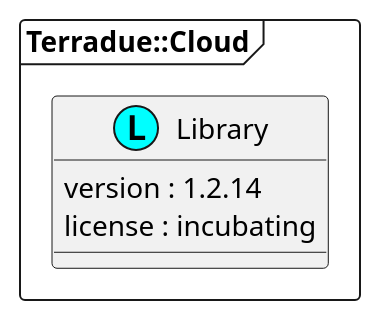
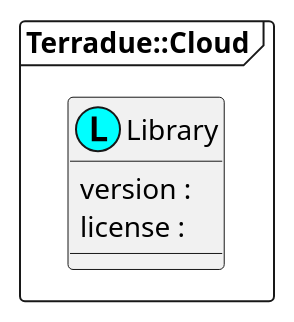
The diagram in source/namespaces/namespace_terradue_1_1_cloud.iuml (urban-tep/DDF-SDD), drawn with PlantUML before and after one commit. The commit also changed 13 other files, not shown here.

```diff
--- a/source/namespaces/namespace_terradue_1_1_cloud.iuml
+++ b/source/namespaces/namespace_terradue_1_1_cloud.iuml
@@ -1,8 +1,8 @@
 @startuml
 package "Terradue::Cloud" <<Frame>> {
   class "Library" as namespace_terradue_1_1_cloud << (L, cyan) >> [[../technology/packages/namespace_terradue_1_1_cloud.html]] {
-     version : 1.2.14 
-     license : incubating
+     version : 
+     license : 
   }
 }
 @enduml
```
